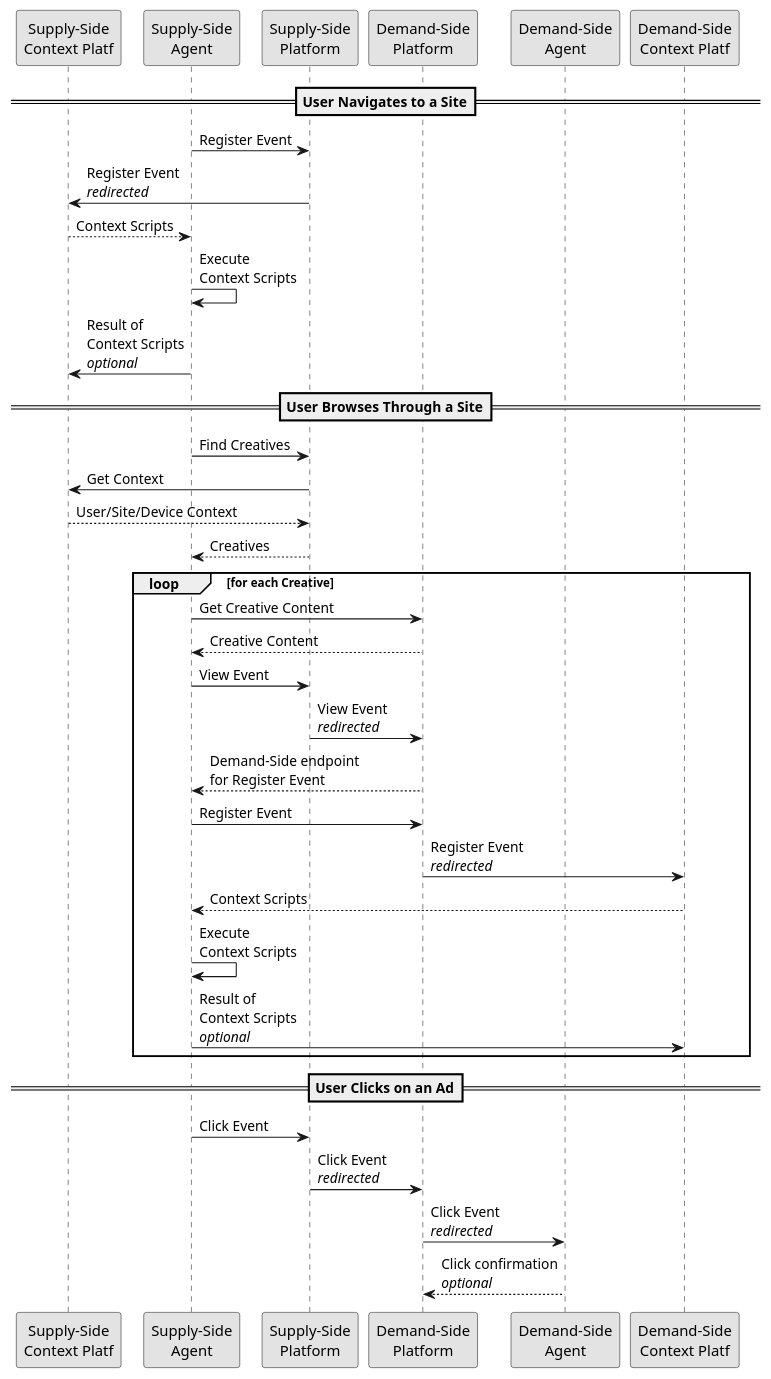
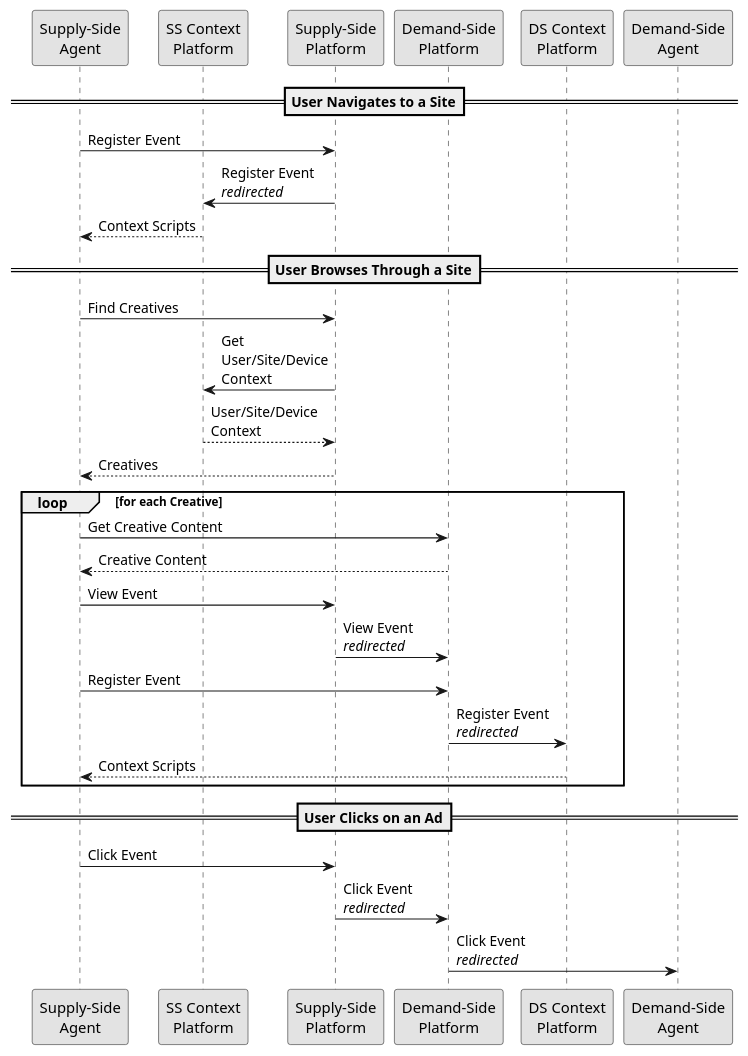
Before and after one commit to adshares/adshares-docs: the diagram in protocol/impressions/index.rst, drawn with PlantUML. The commit also changed other lines of this file and 3 other files, not shown here.

```diff
--- a/protocol/impressions/index.rst
+++ b/protocol/impressions/index.rst
@@ -10,46 +10,40 @@
 .. uml::
     :align: center
 
     skinparam monochrome true
 
-    participant "Supply-Side\nContext Platf"    as SSCP
-    participant "Supply-Side\nAgent"            as SSA
-    participant "Supply-Side\nPlatform"         as SSP
-    participant "Demand-Side\nPlatform"         as DSP
-    participant "Demand-Side\nAgent"            as DSA
-    participant "Demand-Side\nContext Platf"    as DSCP
+    participant "Supply-Side\nAgent"       as SSA
+    participant "SS Context\nPlatform"     as SSCP
+    participant "Supply-Side\nPlatform"    as SSP
+    participant "Demand-Side\nPlatform"    as DSP
+    participant "DS Context\nPlatform"     as DSCP
+    participant "Demand-Side\nAgent"       as DSA
 
     ==User Navigates to a Site==
 
     SSA -> SSP : Register Event
     SSP -> SSCP : Register Event\n//redirected//
     SSCP --> SSA: Context Scripts
-    SSA -> SSA: Execute\nContext Scripts
-    SSA -> SSCP: Result of\nContext Scripts\n//optional//
 
     ==User Browses Through a Site==
 
     SSA -> SSP : Find Creatives
-    SSP -> SSCP : Get Context
-    SSCP --> SSP : User/Site/Device Context
+    SSP -> SSCP : Get\nUser/Site/Device\nContext
+    SSCP --> SSP : User/Site/Device\nContext
     SSP --> SSA : Creatives
 
     loop for each Creative
         SSA -> DSP : Get Creative Content
         DSP --> SSA : Creative Content
         SSA -> SSP : View Event
         SSP -> DSP: View Event\n//redirected//
-        DSP --> SSA: Demand-Side endpoint\nfor Register Event
         SSA -> DSP : Register Event
         DSP -> DSCP: Register Event\n//redirected//
         DSCP --> SSA: Context Scripts
-        SSA -> SSA: Execute\nContext Scripts
-        SSA -> DSCP: Result of\nContext Scripts\n//optional//
     end
     
     ==User Clicks on an Ad==
 
     SSA -> SSP : Click Event
     SSP -> DSP : Click Event\n//redirected//
     DSP -> DSA : Click Event\n//redirected//
-    DSA --> DSP: Click confirmation\n//optional//
```
